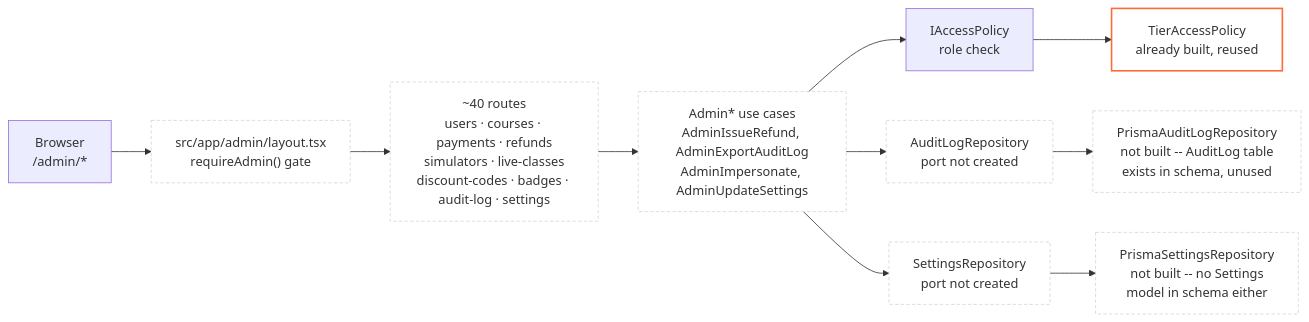
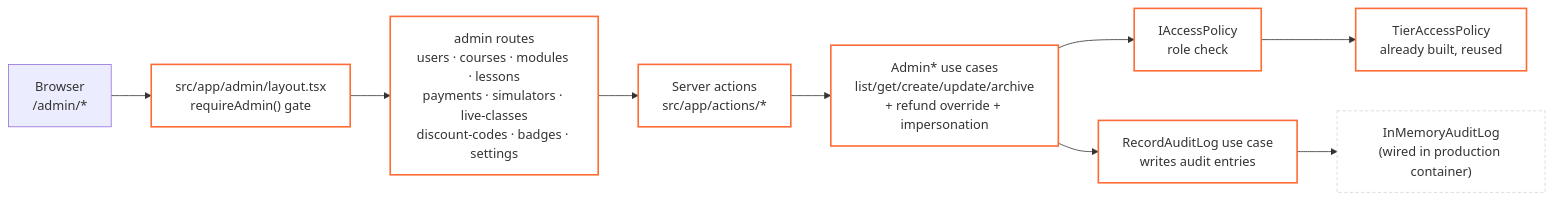
One commit to projectamazonph/amph-v2-greenfield changed the diagram in docs/architecture/02-admin-panel-wiring.md. Above: the diagram before and after it, drawn with Mermaid. The commit also changed other lines of this file and 4 other files, not shown here.

Commit message:
docs: refresh stale architecture guidance

````diff
--- a/docs/architecture/02-admin-panel-wiring.md
+++ b/docs/architecture/02-admin-panel-wiring.md
@@ -5,17 +5,16 @@
 ```mermaid
 flowchart LR
   BROWSER["Browser\n/admin/*"] --> LAYOUT["src/app/admin/layout.tsx\nrequireAdmin() gate"]
-  LAYOUT --> ROUTES["~40 routes\nusers · courses · payments · refunds\nsimulators · live-classes\ndiscount-codes · badges · audit-log · settings"]
-  ROUTES --> ADMINUC["Admin* use cases\nAdminIssueRefund, AdminExportAuditLog\nAdminImpersonate, AdminUpdateSettings"]
+  LAYOUT --> ROUTES["admin routes\nusers · courses · modules · lessons\npayments · simulators · live-classes\ndiscount-codes · badges · settings"]
+  ROUTES --> ACTIONS["Server actions\nsrc/app/actions/*"]
+  ACTIONS --> ADMINUC["Admin* use cases\nlist/get/create/update/archive\n+ refund override + impersonation"]
   ADMINUC --> AP["IAccessPolicy\nrole check"]
-  ADMINUC --> ALR["AuditLogRepository\nport not created"]
-  ADMINUC --> SR["SettingsRepository\nport not created"]
+  ADMINUC --> ALR["RecordAuditLog use case\nwrites audit entries"]
   AP --> TAP["TierAccessPolicy\nalready built, reused"]
-  ALR --> PALR["PrismaAuditLogRepository\nnot built -- AuditLog table\nexists in schema, unused"]
-  SR --> PSR["PrismaSettingsRepository\nnot built -- no Settings\nmodel in schema either"]
+  ALR --> IAL["InMemoryAuditLog\n(wired in production container)"]
 
   classDef built stroke:#FF6B35,stroke-width:2px,fill:none;
   classDef planned stroke:#D4D4D4,fill:none,stroke-dasharray: 4 3;
-  class TAP built
-  class LAYOUT,ROUTES,ADMINUC,ALR,SR,PALR,PSR planned
+  class LAYOUT,ROUTES,ACTIONS,ADMINUC,ALR,AP,TAP built
+  class IAL planned
 ```
````
